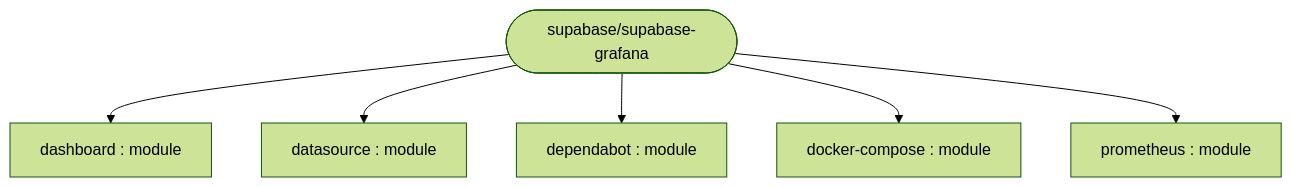
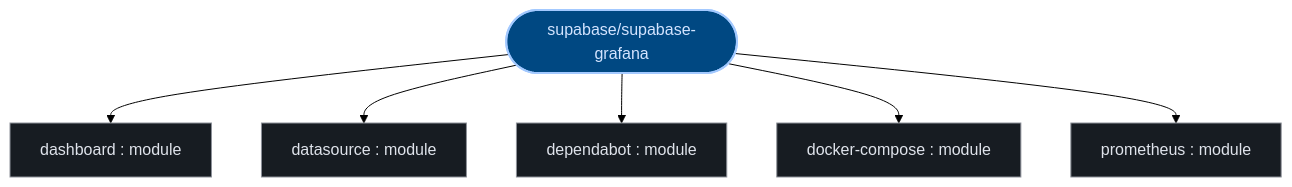
Before and after one commit to kumarshaz/atruss-code-atlas: the first of 3 diagrams in exports/latest/reports/supabase-supabase-grafana-report.md, drawn with Mermaid (forest theme). The commit also changed other lines of this file and 331 other files, not shown here.

Commit message:
docs,ui,fix: update SDLC docs, reorder CI/CD DAG first, stylize Mermaid, and fix Arc42 pipeline topology

````diff
--- a/exports/latest/reports/supabase-supabase-grafana-report.md
+++ b/exports/latest/reports/supabase-supabase-grafana-report.md
@@ -41,14 +41,21 @@
 ```mermaid
 graph TD;
-    docker_compose["docker-compose : module"]
-    dependabot["dependabot : module"]
-    dashboard["dashboard : module"]
-    datasource["datasource : module"]
-    prometheus["prometheus : module"]
-    repo_root(["supabase/supabase-grafana"])
+  classDef atlasRoot fill:#004882,stroke:#a3c9ff,stroke-width:2px,color:#d3e4ff
+  classDef atlasCategory fill:#212428,stroke:#E87A48,stroke-width:1.5px,color:#dfe3eb
+  classDef atlasWorkflow fill:#1b2026,stroke:#a3c9ff,stroke-width:1.5px,color:#dfe3eb
+  classDef atlasJob fill:#171c22,stroke:#8d9199,stroke-width:1px,color:#dfe3eb
+  classDef atlasTarget fill:#005227,stroke:#8bd99b,stroke-width:1.5px,color:#a7f6b6
+  classDef atlasAlert fill:#93000a,stroke:#ffb4ab,stroke-width:1.5px,color:#ffdad6
+  classDef atlasMore fill:#252a31,stroke:#8d9199,stroke-dasharray:4 4,color:#c3c6cf
+    docker_compose["docker-compose : module"]:::atlasJob
+    dependabot["dependabot : module"]:::atlasJob
+    dashboard["dashboard : module"]:::atlasJob
+    datasource["datasource : module"]:::atlasJob
+    prometheus["prometheus : module"]:::atlasJob
+    repo_root(["supabase/supabase-grafana"]):::atlasRoot
     repo_root --> dashboard
     repo_root --> datasource
     repo_root --> dependabot
     repo_root --> docker_compose
     repo_root --> prometheus
 ```
````
